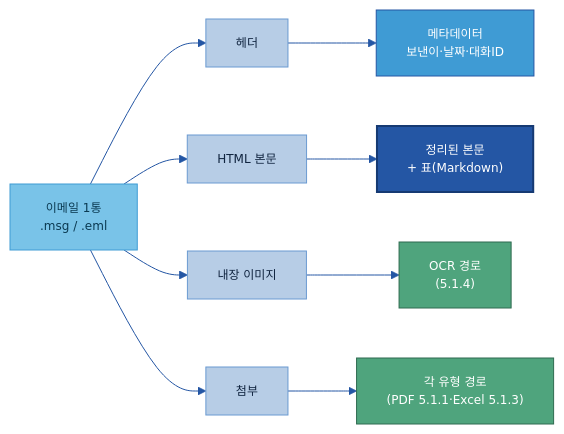
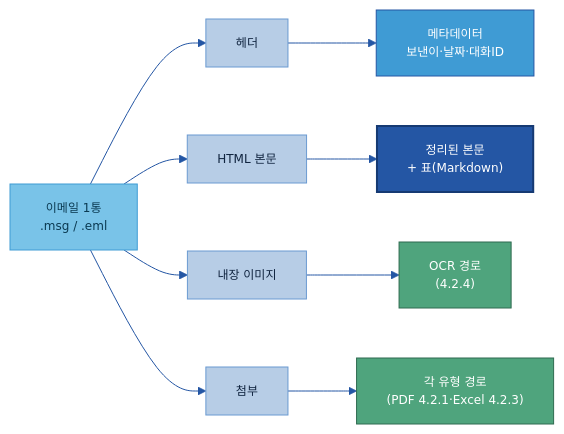
Before and after one commit to jin-kearney/ai-ready-data-manual: the fifth of 8 diagrams in 가이드 작성/B-1 데이터 전처리/B-1 데이터 전처리.md, drawn with Mermaid. The commit also changed other lines of this file, not shown here.

````diff
--- a/가이드 작성/B-1 데이터 전처리/B-1 데이터 전처리.md
+++ b/가이드 작성/B-1 데이터 전처리/B-1 데이터 전처리.md
@@ -417,18 +429,18 @@
 ```mermaid
 %%{init: {'theme':'base','themeVariables':{'primaryColor':'#DCE8F5','primaryBorderColor':'#2456A4','primaryTextColor':'#10243f','lineColor':'#2456A4','fontSize':'12px'}}}%%
 flowchart LR
     MAIL["이메일 1통<br/>.msg / .eml"]:::src
     MAIL --> H["헤더"]:::n
     MAIL --> B["HTML 본문"]:::n
     MAIL --> IMG["내장 이미지"]:::n
     MAIL --> ATT["첨부"]:::n
     H --> M["메타데이터<br/>보낸이·날짜·대화ID"]:::gate
     B --> C["정리된 본문<br/>+ 표(Markdown)"]:::cat
-    IMG --> O["OCR 경로<br/>(5.1.4)"]:::loop
-    ATT --> P["각 유형 경로<br/>(PDF 5.1.1·Excel 5.1.3)"]:::loop
+    IMG --> O["OCR 경로<br/>(4.2.4)"]:::loop
+    ATT --> P["각 유형 경로<br/>(PDF 4.2.1·Excel 4.2.3)"]:::loop
     classDef n fill:#B7CDE6,stroke:#6B9AD1,color:#10243f;
     classDef src fill:#79C3E8,stroke:#3F9BD4,color:#0b3a52;
     classDef cat fill:#2456A4,color:#fff,stroke:#163a73,stroke-width:2px;
     classDef gate fill:#3F9BD4,stroke:#2456A4,color:#fff;
     classDef loop fill:#4FA47D,stroke:#2f6b50,color:#fff;
 ```
````
